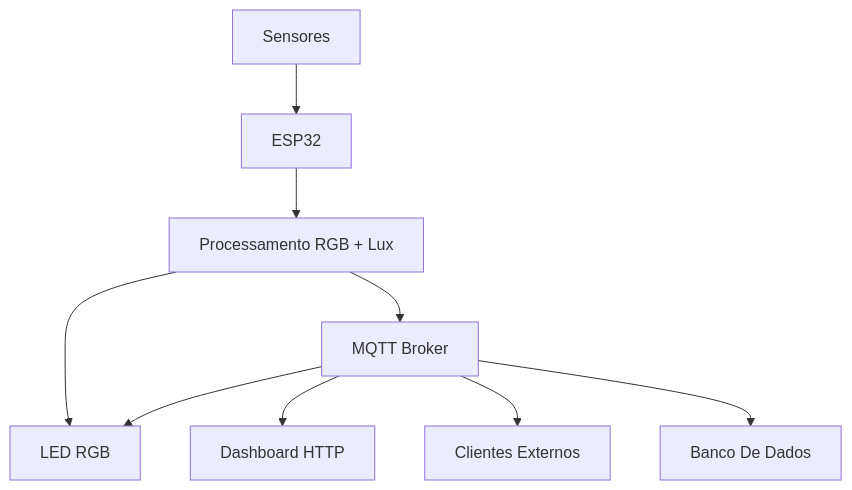
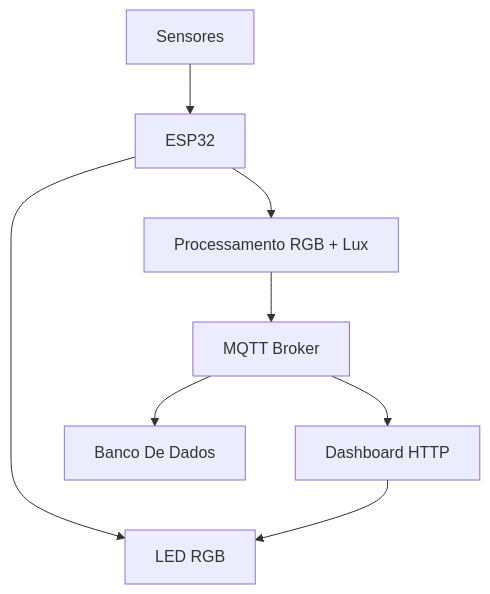
One commit to lazarolorenzi/Colorsensor-G1-IOT changed the diagram in README.md. Above: the diagram before and after it, drawn with Mermaid.

````diff
--- a/README.md
+++ b/README.md
@@ -80,11 +80,10 @@
 ```mermaid
 flowchart TD
     A[Sensores] --> B[ESP32]
     B --> C[Processamento RGB + Lux]
-    C --> D[LED RGB]
-    E --> D[LED RGB]
+    B --> D[LED RGB]
+    F --> D[LED RGB]
     C --> E[MQTT Broker]
     E --> F[Dashboard HTTP]
-    E --> G[Clientes Externos]
     E --> J[Banco De Dados]
 ```
````
